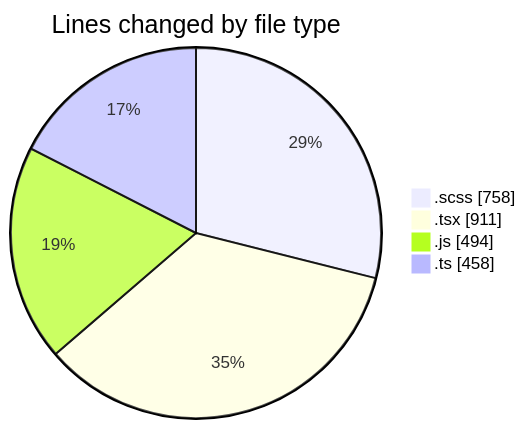
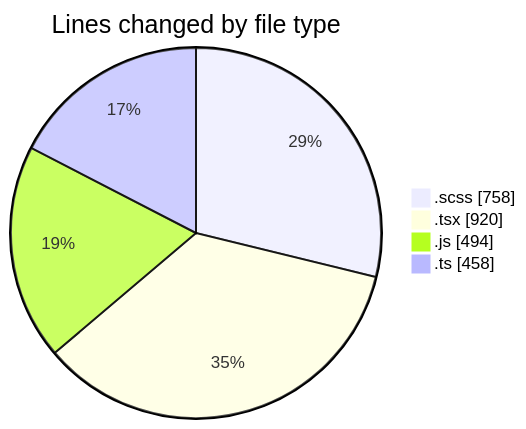
The first of 2 diagrams in 2025-03-14/cda/README.md (momahboobian/code-tracking), drawn with Mermaid before and after one commit. The commit also changed other lines of this file and 1 other file, not shown here.

````diff
--- a/2025-03-14/cda/README.md
+++ b/2025-03-14/cda/README.md
@@ -34,8 +34,8 @@
 ```mermaid
 pie showData
 title Lines changed by file type
 ".scss" : 758
-".tsx" : 911
+".tsx" : 920
 ".js" : 494
 ".ts" : 458
 ```
````
